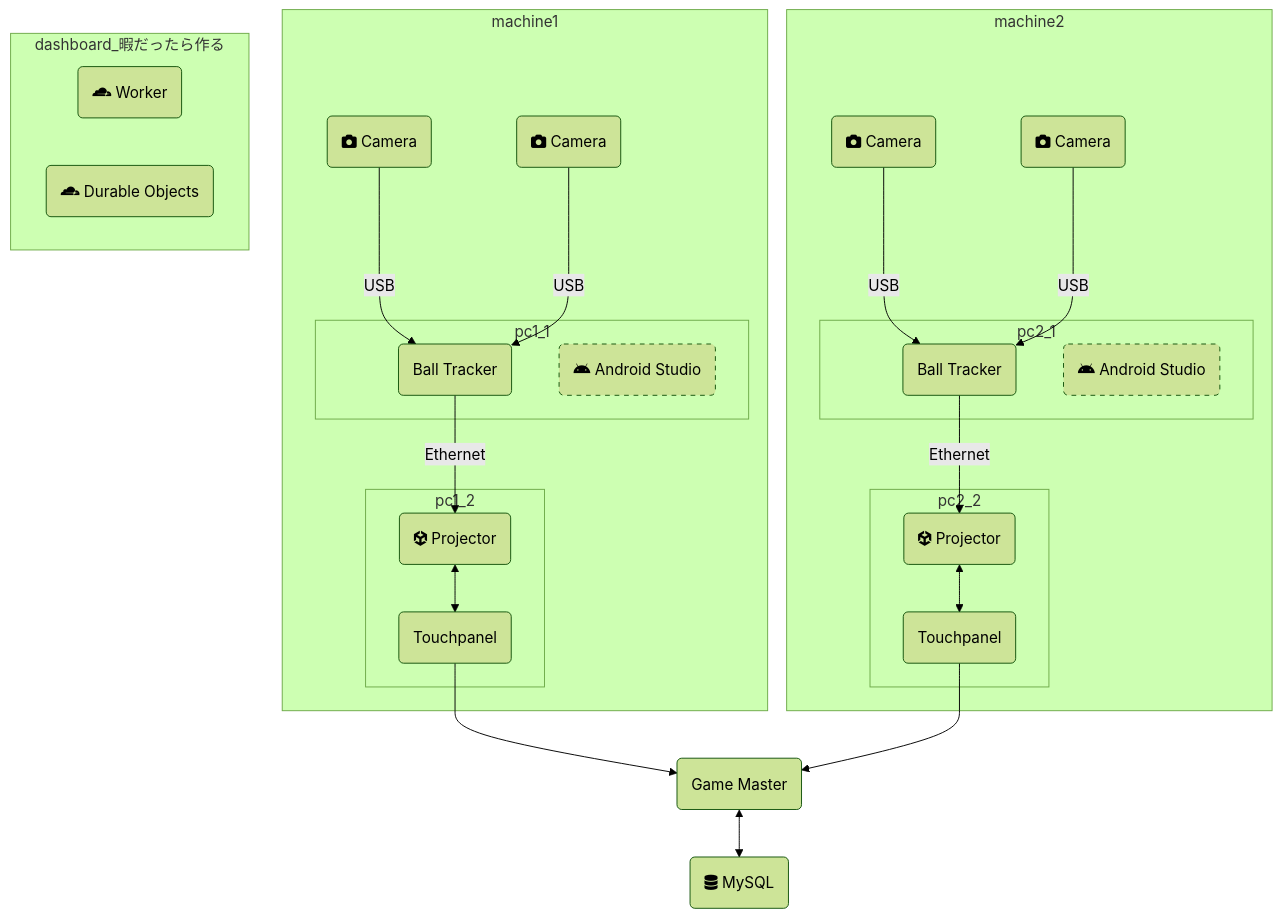
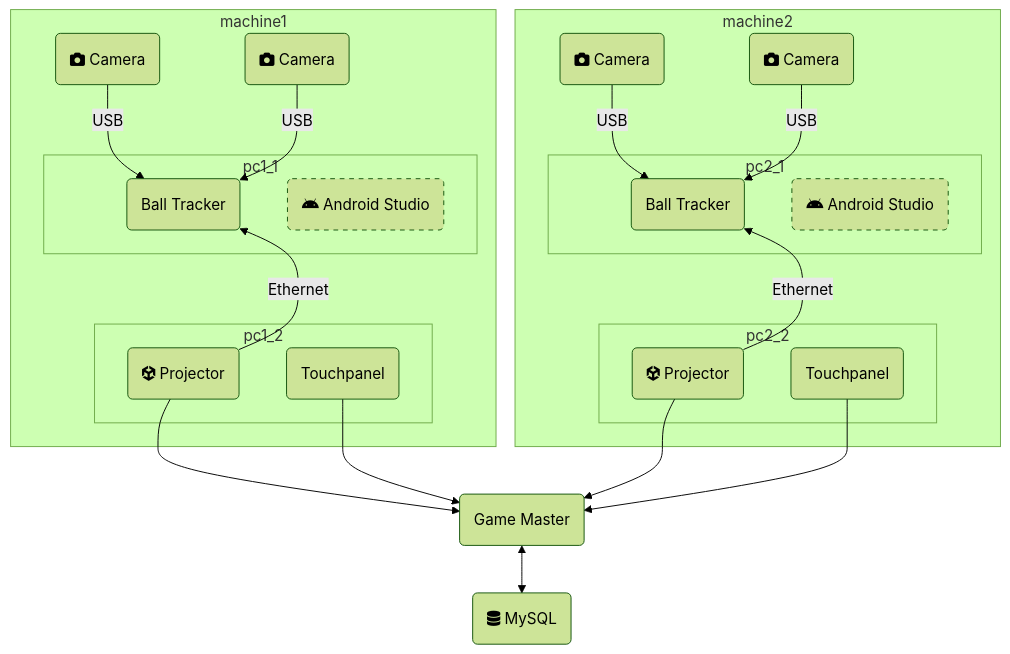
One commit to TK75Attractions/struckout changed the diagram in docs/architecture.mmd. Above: the diagram before and after it, drawn with Mermaid (forest theme).

```diff
--- a/docs/architecture.mmd
+++ b/docs/architecture.mmd
@@ -1,48 +1,55 @@
 flowchart TD
     classDef studio_class stroke-dasharray:5
     subgraph machine1
         subgraph pc1_1
             ball_tracker1("Ball Tracker")
             android_studio1("fab:fa-android Android Studio")
             class android_studio1 studio_class
         end
 
         subgraph pc1_2
             projector1("fab:fa-unity Projector")
             touchpanel1("Touchpanel")
         end
 
         camera1_1("fa:fa-camera Camera")
         camera1_2("fa:fa-camera Camera")
     end
 
     subgraph machine2
         subgraph pc2_1
             ball_tracker2("Ball Tracker")
             android_studio2("fab:fa-android Android Studio")
             class android_studio2 studio_class
         end
 
         subgraph pc2_2
             projector2("fab:fa-unity Projector")
             touchpanel2("Touchpanel")
         end
 
         camera2_1("fa:fa-camera Camera")
         camera2_2("fa:fa-camera Camera")
     end
 
-    subgraph dashboard_暇だったら作る
-        worker("fab:fa-cloudflare Worker")
-        do("fab:fa-cloudflare Durable Objects")
-    end
+    %%subgraph dashboard_暇だったら作る
+    %%    worker("fab:fa-cloudflare Worker")
+    %%    do("fab:fa-cloudflare Durable Objects")
+    %%end
 
     database("fa:fa-database MySQL")
 
     game_master("Game Master")
 
-    camera1_1 & camera1_2 --USB--> ball_tracker1 --Ethernet--> projector1 <--> touchpanel1
+    camera1_1 & camera1_2 --USB--> ball_tracker1
+    camera2_1 & camera2_2 --USB--> ball_tracker2 
 
-    camera2_1 & camera2_2 --USB--> ball_tracker2 --Ethernet--> projector2 <--> touchpanel2
+    projector1 --Ethernet--> ball_tracker1
+    projector2 --Ethernet--> ball_tracker2
 
     touchpanel1 & touchpanel2 --> game_master <--> database
+
+    projector1 & projector2 --> game_master
+
+    ball_tracker1 ~~~ projector1 ~~~ game_master
+    ball_tracker2 ~~~ projector2 ~~~ game_master
```
